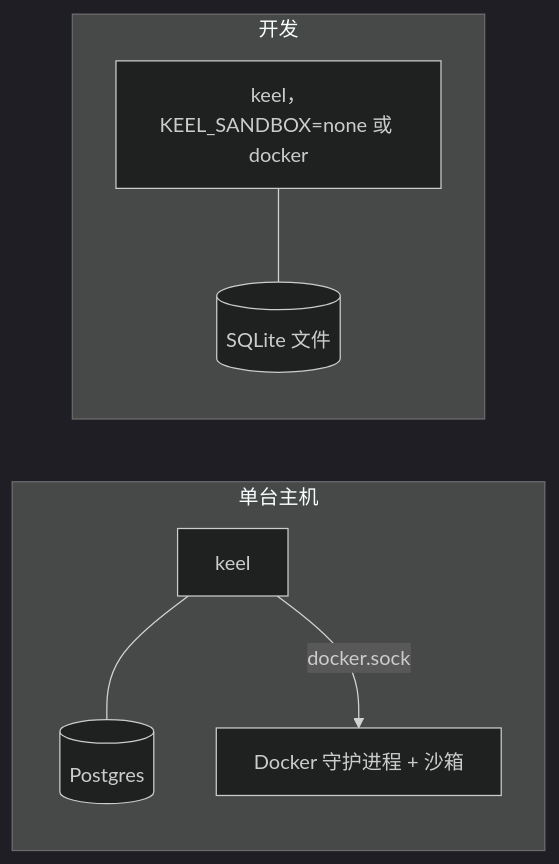
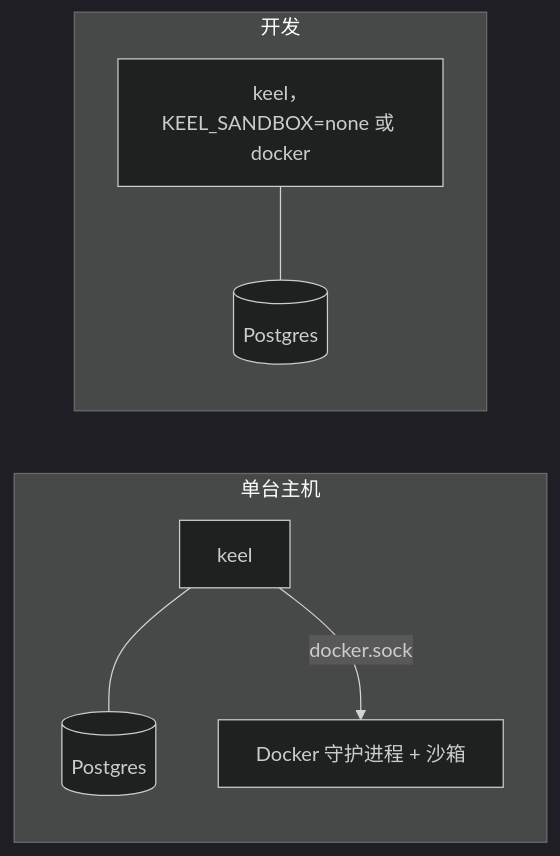
The ninth of 9 diagrams in docs/architecture_zh.md (ryang420/agent-keel), drawn with Mermaid (dark theme) before and after one commit. The commit also changed other lines of this file and 50 other files, not shown here.

````diff
--- a/docs/architecture_zh.md
+++ b/docs/architecture_zh.md
@@ -563,12 +563,12 @@
 ```mermaid
 flowchart LR
     subgraph one["单台主机"]
         direction TB
         K1["keel"] --- PG1[("Postgres")]
         K1 -->|"docker.sock"| D1["Docker 守护进程 + 沙箱"]
     end
     subgraph dev["开发"]
         direction TB
-        K2["keel，KEEL_SANDBOX=none 或 docker"] --- SQ[("SQLite 文件")]
+        K2["keel，KEEL_SANDBOX=none 或 docker"] --- PG2[("Postgres")]
     end
 ```
````
